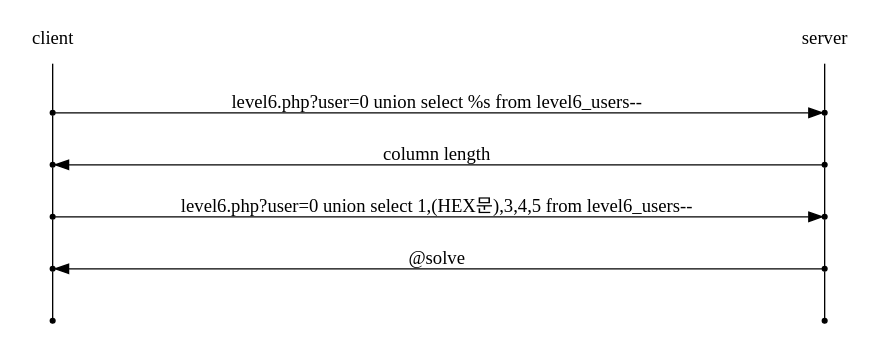
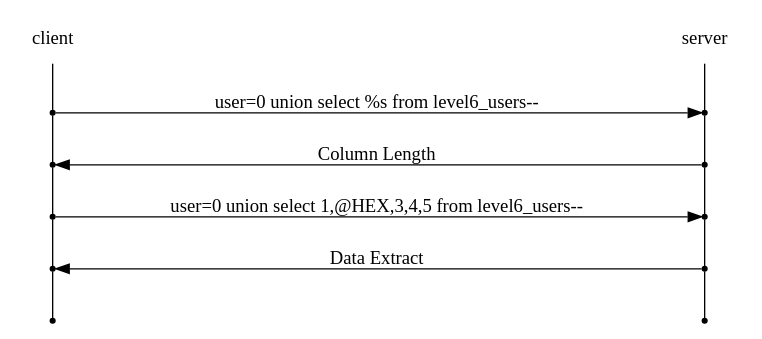
One commit to joizel/ctf_writeup changed the diagram in docs/web/Blind SQL Injection/[redtiger] level6.rst. Above: the diagram before and after it, drawn with Graphviz. The commit also changed other lines of this file and 13 other files, not shown here.

```diff
--- a/docs/web/Blind SQL Injection/[redtiger] level6.rst
+++ b/docs/web/Blind SQL Injection/[redtiger] level6.rst
@@ -5,23 +7,23 @@
 .. graphviz::
 
     digraph G {
         rankdir="LR";
         node[shape="point"];
         edge[arrowhead="none"]
 
         {
             rank="same";
             "client"[shape="plaintext"];
             "client" -> step0 -> step2 -> step4 -> step6 -> step8;
         }
 
         {
             rank="same";
             "server"[shape="plaintext"];
             "server" -> step1 -> step3 -> step5 -> step7 -> step9;
         }
-        step0 -> step1[label="level6.php?user=0 union select %s from level6_users--",arrowhead="normal"];
-        step3 -> step2[label="column length",arrowhead="normal"];
-        step4 -> step5[label="level6.php?user=0 union select 1,(HEX문),3,4,5 from level6_users-- ",arrowhead="normal"];
-        step7 -> step6[label="@solve",arrowhead="normal"];
+        step0 -> step1[label="user=0 union select %s from level6_users--",arrowhead="normal"];
+        step3 -> step2[label="Column Length",arrowhead="normal"];
+        step4 -> step5[label="user=0 union select 1,@HEX,3,4,5 from level6_users-- ",arrowhead="normal"];
+        step7 -> step6[label="Data Extract",arrowhead="normal"];
     }
```
